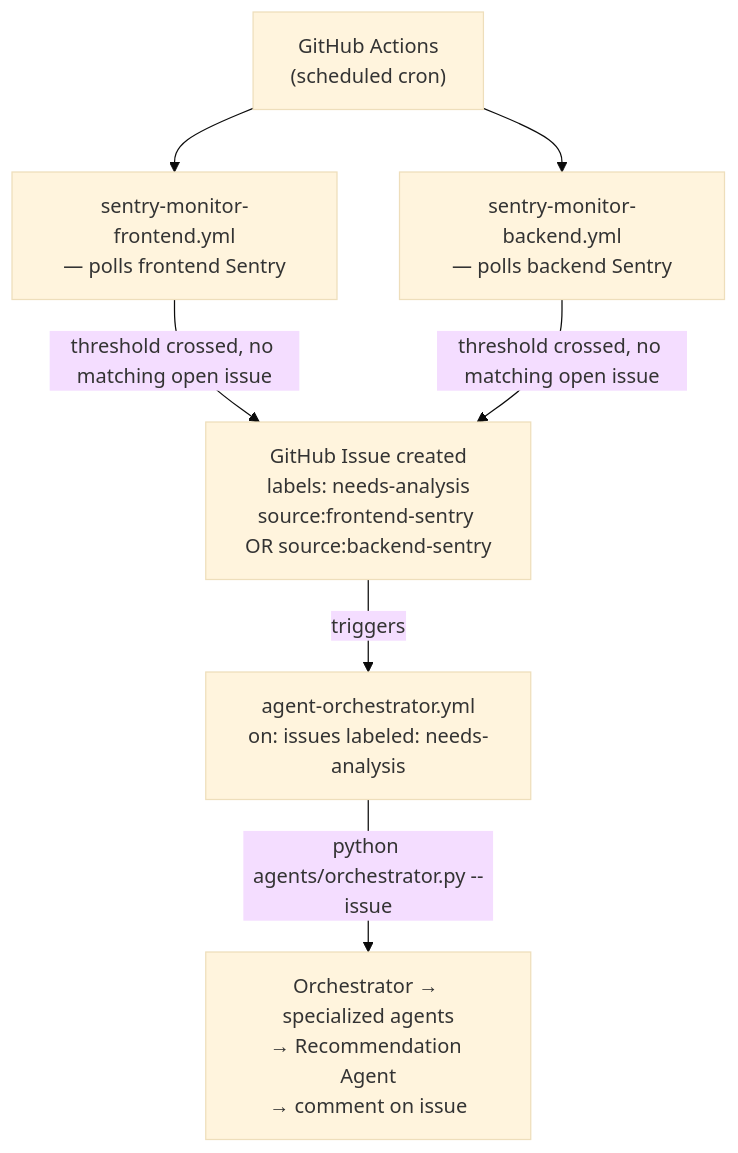
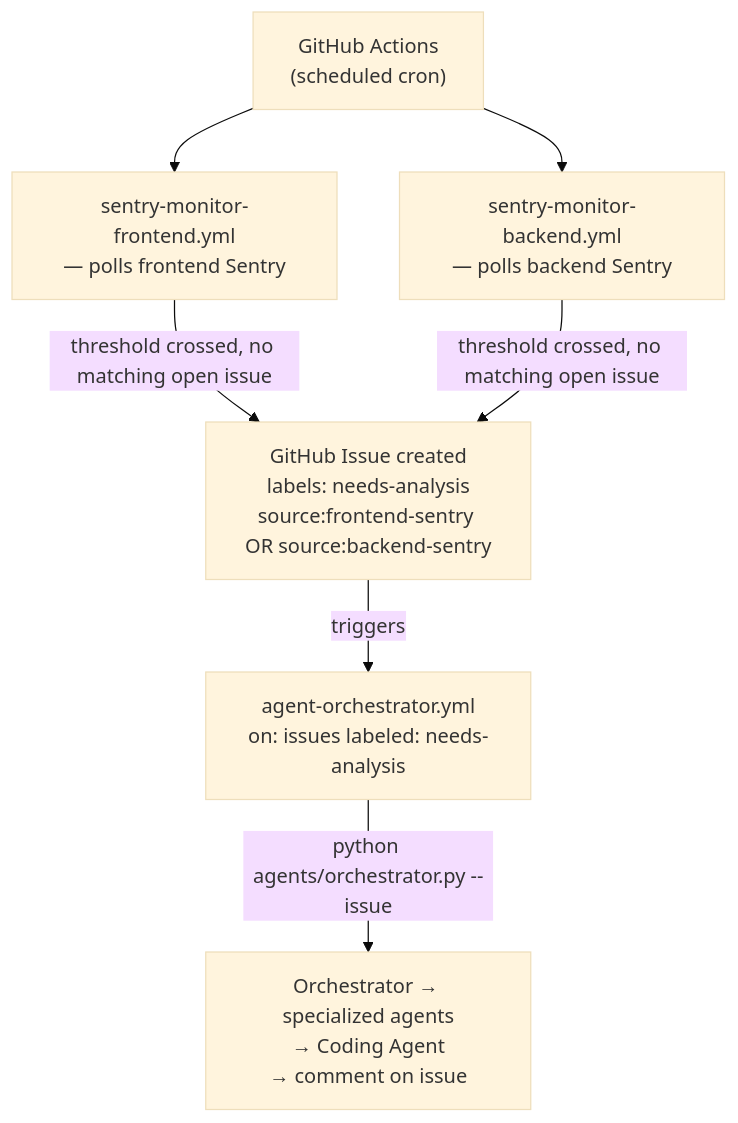
One commit to vikasparth/restaurant-main changed the first of 4 diagrams in docs/engineering-practices/agent-architecture.md. Above: the diagram before and after it, drawn with Mermaid (base theme). The commit also changed other lines of this file and 14 other files, not shown here.

First line of the commit message:
refactor(docs): rename Codebase Agent → Diagnostic Agent, Recommendation Agent → Coding Agent

````diff
--- a/docs/engineering-practices/agent-architecture.md
+++ b/docs/engineering-practices/agent-architecture.md
@@ -976,9 +976,9 @@
 ```mermaid
 flowchart TD
     cron["GitHub Actions\n(scheduled cron)"]
     cron --> fe["sentry-monitor-frontend.yml\n— polls frontend Sentry"]
     cron --> be["sentry-monitor-backend.yml\n— polls backend Sentry"]
     fe & be -->|"threshold crossed, no matching open issue"| issue["GitHub Issue created\nlabels: needs-analysis\nsource:frontend-sentry OR source:backend-sentry"]
     issue -->|triggers| orch["agent-orchestrator.yml\non: issues labeled: needs-analysis"]
-    orch -->|"python agents/orchestrator.py --issue"| result["Orchestrator → specialized agents\n→ Recommendation Agent\n→ comment on issue"]
+    orch -->|"python agents/orchestrator.py --issue"| result["Orchestrator → specialized agents\n→ Coding Agent\n→ comment on issue"]
 ```
````
